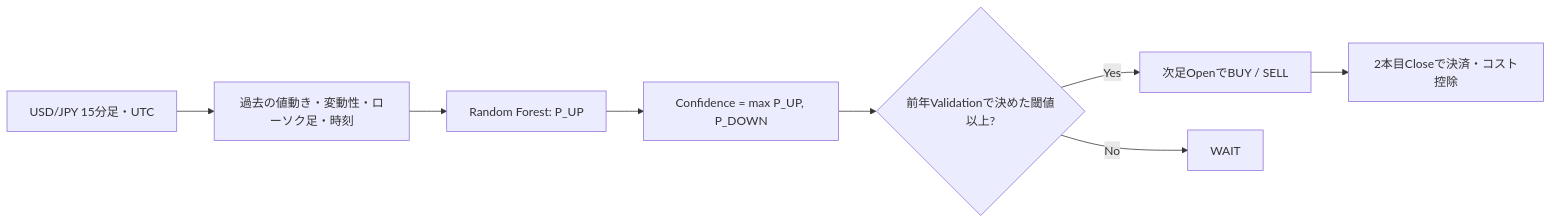
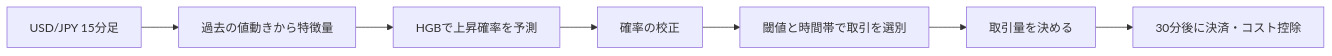
One commit to Fuku1121/fx-ml-trading changed the diagram in README.md. Above: the diagram before and after it, drawn with Mermaid. The commit also changed other lines of this file and 52 other files, not shown here.

````diff
--- a/README.md
+++ b/README.md
@@ -20,10 +27,9 @@
 ```mermaid
 flowchart LR
-    A[USD/JPY 15分足・UTC] --> B[過去の値動き・変動性・ローソク足・時刻]
-    B --> C[Random Forest: P_UP]
-    C --> D[Confidence = max P_UP, P_DOWN]
-    D --> E{前年Validationで決めた閾値以上?}
-    E -->|Yes| F[次足OpenでBUY / SELL]
-    E -->|No| G[WAIT]
-    F --> H[2本目Closeで決済・コスト控除]
+    A[USD/JPY 15分足] --> B[過去の値動きから特徴量]
+    B --> C[HGBで上昇確率を予測]
+    C --> D[確率の校正]
+    D --> E[閾値と時間帯で取引を選別]
+    E --> F[取引量を決める]
+    F --> G[30分後に決済・コスト控除]
 ```
````
